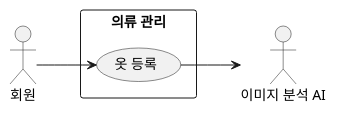
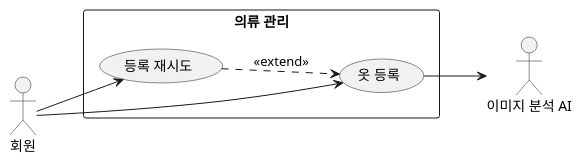
The first of 3 diagrams in src/content/docs/use-cases/5/5-1/index.md (wzrabbit/closet-fairy-diagrams), drawn with PlantUML before and after one commit. The commit also changed other lines of this file and 2 other files, not shown here.

Commit message:
docs: 등록 재시도를 옷 등록을 확장하는 유스케이스로 드러냄

````diff
--- a/src/content/docs/use-cases/5/5-1/index.md
+++ b/src/content/docs/use-cases/5/5-1/index.md
@@ -115,17 +115,20 @@
 ```plantuml
 @startuml
 left to right direction
 skinparam packageStyle rectangle
 skinparam shadowing false
 
 actor "회원" as Member
 actor "이미지 분석 AI" as Vision
 
 rectangle "의류 관리" {
   usecase "옷 등록" as Register
+  usecase "등록 재시도" as Retry
 }
 
 Member --> Register
+Member --> Retry
 Register --> Vision
+Retry ..> Register : <<extend>>
 @enduml
 ```
````
